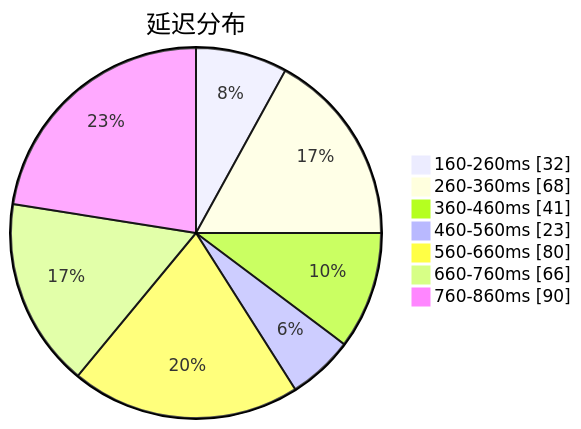
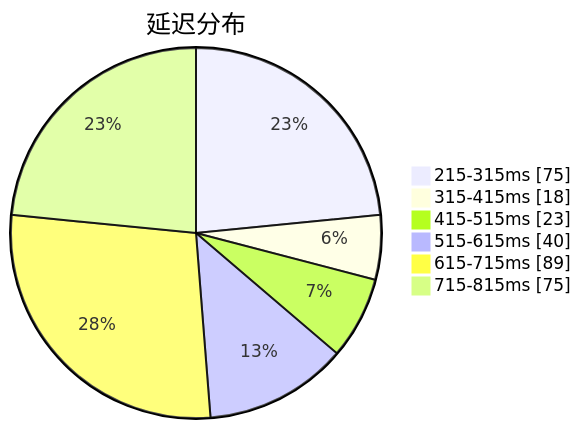
Before and after one commit to qjlxg/airport: the first of 3 diagrams in subs/statistics/tested_within.md, drawn with Mermaid. The commit also changed other lines of this file and 2 other files, not shown here.

````diff
--- a/subs/statistics/tested_within.md
+++ b/subs/statistics/tested_within.md
@@ -2,11 +2,10 @@
 ```mermaid
 pie showData
 title 延迟分布
-"160-260ms" : 32
-"260-360ms" : 68
-"360-460ms" : 41
-"460-560ms" : 23
-"560-660ms" : 80
-"660-760ms" : 66
-"760-860ms" : 90
+"215-315ms" : 75
+"315-415ms" : 18
+"415-515ms" : 23
+"515-615ms" : 40
+"615-715ms" : 89
+"715-815ms" : 75
 ```
````
